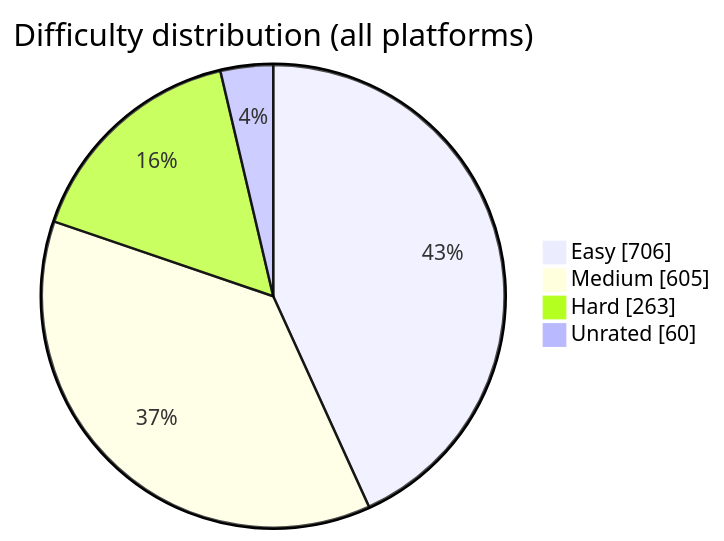
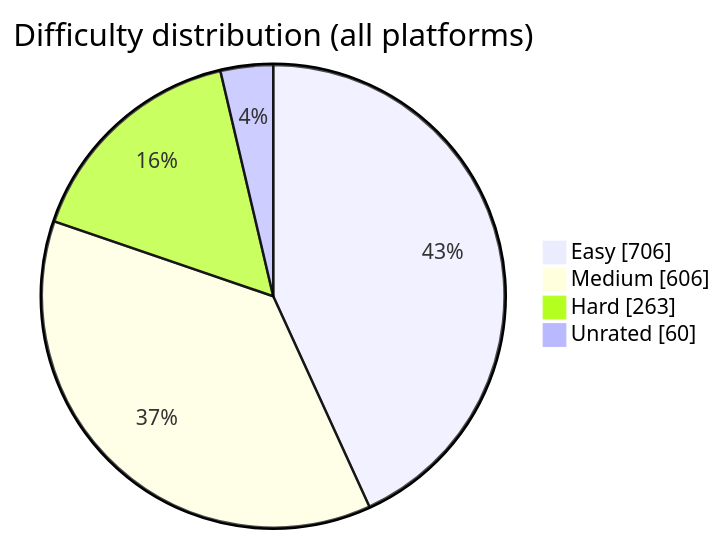
One commit to BuildbyArindam/Daily-Coding-Log changed the diagram in README.md. Above: the diagram before and after it, drawn with Mermaid. The commit also changed other lines of this file, not shown here.

````diff
--- a/README.md
+++ b/README.md
@@ -93,7 +93,7 @@
 ```mermaid
 pie showData title Difficulty distribution (all platforms)
     "Easy" : 706
-    "Medium" : 605
+    "Medium" : 606
     "Hard" : 263
     "Unrated" : 60
 ```
````
